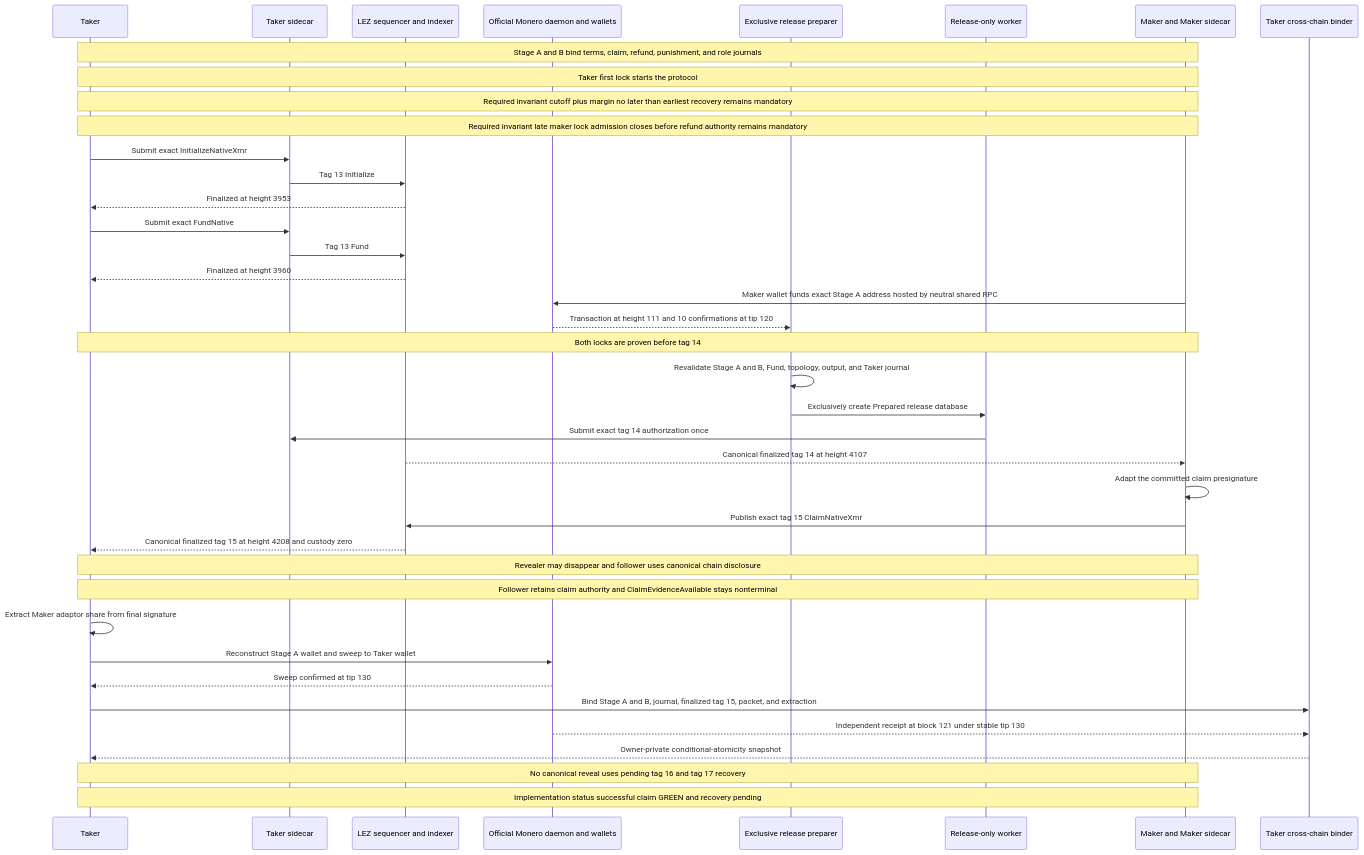
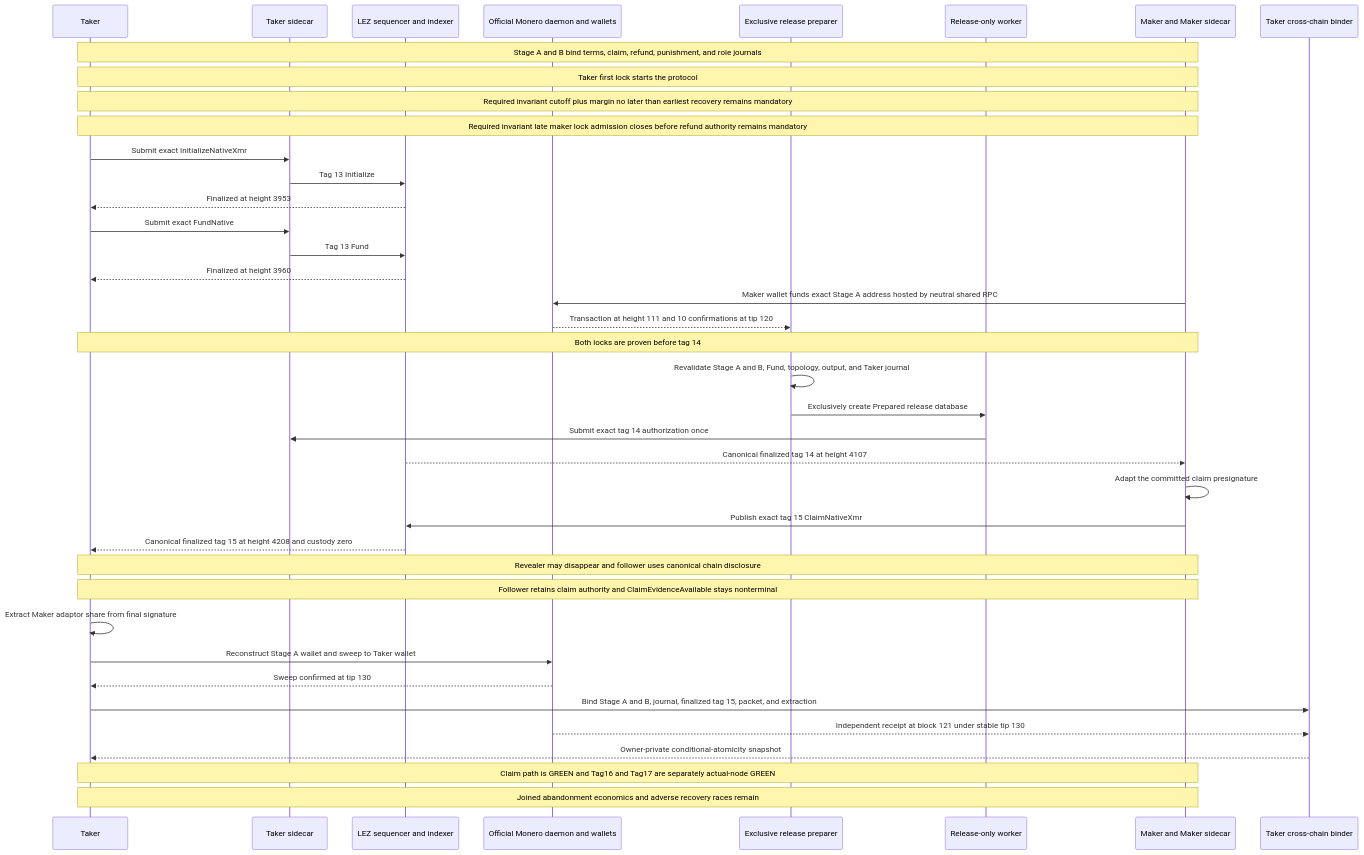
Before and after one commit to gateway-fm/lez-atomic-swaps: diagram 29 of 40 in docs/architecture/system-architecture.md, drawn with Mermaid. The commit also changed other lines of this file and 11 other files, not shown here.

Commit message:
docs(m7): certify actual tag17 transition

````diff
--- a/docs/architecture/system-architecture.md
+++ b/docs/architecture/system-architecture.md
@@ -2690,42 +2690,42 @@
 ```mermaid
 sequenceDiagram
     participant T as Taker
     participant TS as Taker sidecar
     participant L as LEZ sequencer and indexer
     participant X as Official Monero daemon and wallets
     participant P as Exclusive release preparer
     participant W as Release-only worker
     participant M as Maker and Maker sidecar
     participant B as Taker cross-chain binder
 
     Note over T,M: Stage A and B bind terms, claim, refund, punishment, and role journals
     Note over T,M: Taker first lock starts the protocol
     Note over T,M: Required invariant cutoff plus margin no later than earliest recovery remains mandatory
     Note over T,M: Required invariant late maker lock admission closes before refund authority remains mandatory
     T->>TS: Submit exact InitializeNativeXmr
     TS->>L: Tag 13 Initialize
     L-->>T: Finalized at height 3953
     T->>TS: Submit exact FundNative
     TS->>L: Tag 13 Fund
     L-->>T: Finalized at height 3960
     M->>X: Maker wallet funds exact Stage A address hosted by neutral shared RPC
     X-->>P: Transaction at height 111 and 10 confirmations at tip 120
     Note over T,M: Both locks are proven before tag 14
     P->>P: Revalidate Stage A and B, Fund, topology, output, and Taker journal
     P->>W: Exclusively create Prepared release database
     W->>TS: Submit exact tag 14 authorization once
     L-->>M: Canonical finalized tag 14 at height 4107
     M->>M: Adapt the committed claim presignature
     M->>L: Publish exact tag 15 ClaimNativeXmr
     L-->>T: Canonical finalized tag 15 at height 4208 and custody zero
     Note over T,M: Revealer may disappear and follower uses canonical chain disclosure
     Note over T,M: Follower retains claim authority and ClaimEvidenceAvailable stays nonterminal
     T->>T: Extract Maker adaptor share from final signature
     T->>X: Reconstruct Stage A wallet and sweep to Taker wallet
     X-->>T: Sweep confirmed at tip 130
     T->>B: Bind Stage A and B, journal, finalized tag 15, packet, and extraction
     X-->>B: Independent receipt at block 121 under stable tip 130
     B-->>T: Owner-private conditional-atomicity snapshot
-    Note over T,M: No canonical reveal uses pending tag 16 and tag 17 recovery
-    Note over T,M: Implementation status successful claim GREEN and recovery pending
+    Note over T,M: Claim path is GREEN and Tag16 and Tag17 are separately actual-node GREEN
+    Note over T,M: Joined abandonment economics and adverse recovery races remain
 ```
````
